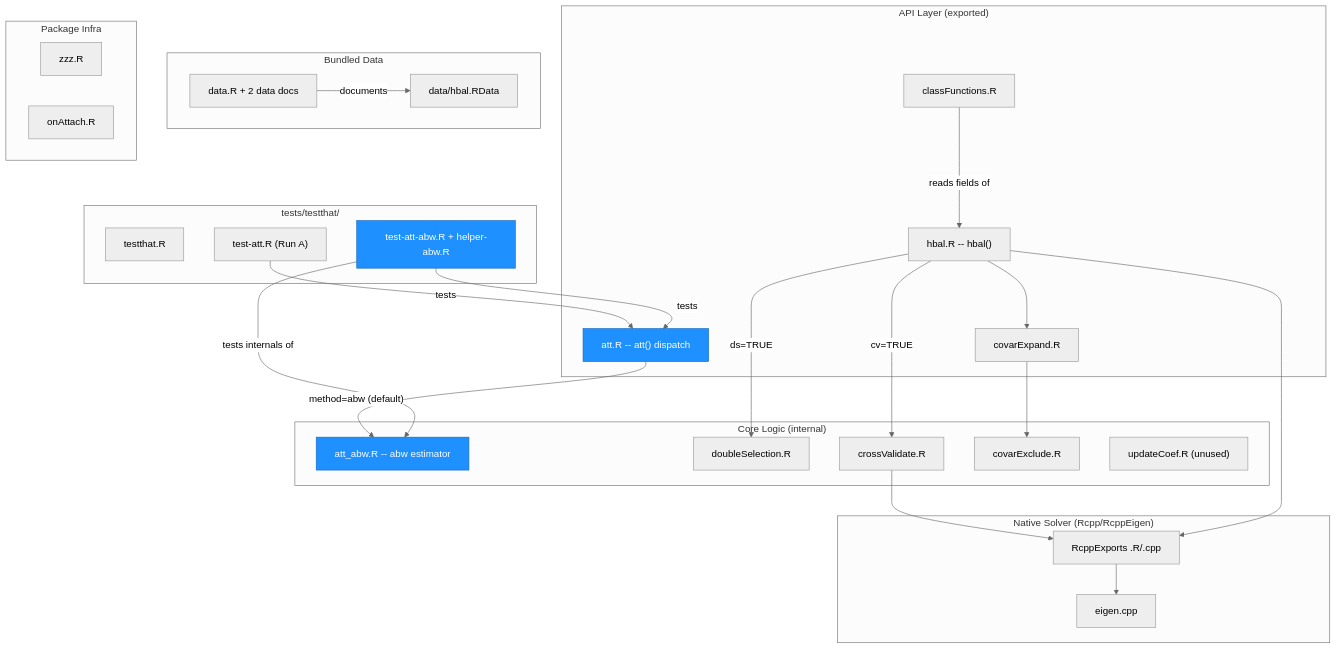
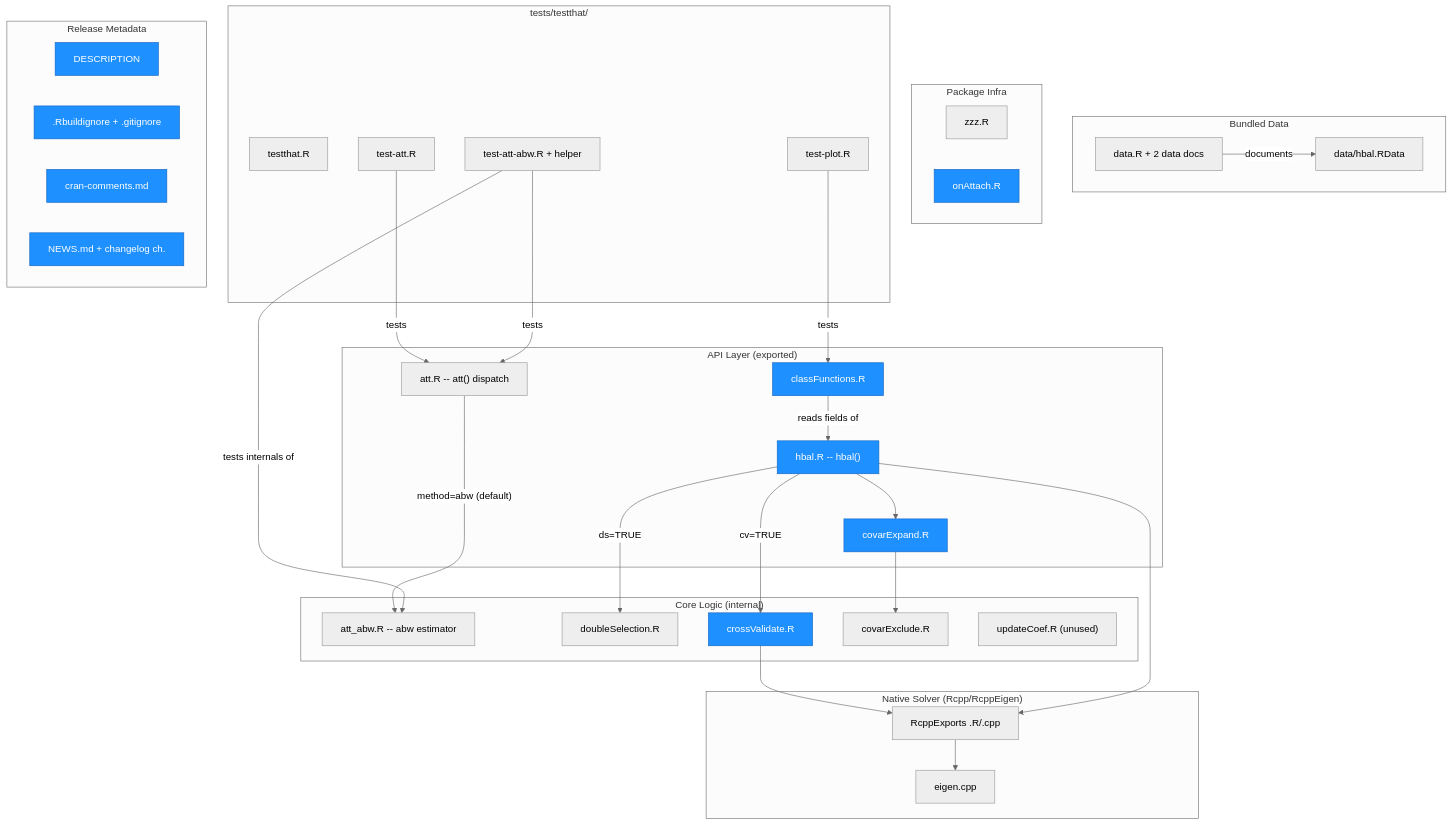
One commit to xuyiqing/hbal changed the first of 3 diagrams in ARCHITECTURE.md. Above: the diagram before and after it, drawn with Mermaid. The commit also changed other lines of this file, not shown here.

````diff
--- a/ARCHITECTURE.md
+++ b/ARCHITECTURE.md
@@ -13,57 +15,72 @@
 ```mermaid
 %%{init: {'theme': 'neutral'}}%%
 graph TD
     subgraph API["API Layer (exported)"]
         A1["hbal.R -- hbal()"]
         A2["att.R -- att() dispatch"]
         A3["covarExpand.R"]
         A4["classFunctions.R"]
     end
 
     subgraph Core["Core Logic (internal)"]
         C0["att_abw.R -- abw estimator"]
         C1["doubleSelection.R"]
         C2["crossValidate.R"]
         C3["covarExclude.R"]
         C4["updateCoef.R (unused)"]
     end
 
     subgraph Native["Native Solver (Rcpp/RcppEigen)"]
         N1["RcppExports .R/.cpp"]
         N2["eigen.cpp"]
     end
 
     subgraph Data["Bundled Data"]
         D1["data.R + 2 data docs"]
         D2["data/hbal.RData"]
     end
 
     subgraph Infra["Package Infra"]
         U1["zzz.R"]
         U2["onAttach.R"]
     end
 
     subgraph Tests["tests/testthat/"]
         T1["testthat.R"]
-        T2["test-att.R (Run A)"]
-        T3["test-att-abw.R + helper-abw.R"]
+        T2["test-att.R"]
+        T3["test-att-abw.R + helper"]
+        T4["test-plot.R"]
+    end
+
+    subgraph Release["Release Metadata"]
+        R1["DESCRIPTION"]
+        R2[".Rbuildignore + .gitignore"]
+        R3["cran-comments.md"]
+        R4["NEWS.md + changelog ch."]
     end
 
     A1 --> A3
     A3 --> C3
     A1 -->|"ds=TRUE"| C1
     A1 -->|"cv=TRUE"| C2
     C2 --> N1
     A1 --> N1
     N1 --> N2
     A2 -->|"method=abw (default)"| C0
     A4 -->|"reads fields of"| A1
     D1 -->|"documents"| D2
     T2 -->|"tests"| A2
     T3 -->|"tests"| A2
     T3 -->|"tests internals of"| C0
+    T4 -->|"tests"| A4
 
-    style A2 fill:#1e90ff,stroke:#1565c0,color:#fff
-    style C0 fill:#1e90ff,stroke:#1565c0,color:#fff
-    style T3 fill:#1e90ff,stroke:#1565c0,color:#fff
+    style A1 fill:#1e90ff,stroke:#1565c0,color:#fff
+    style A3 fill:#1e90ff,stroke:#1565c0,color:#fff
+    style A4 fill:#1e90ff,stroke:#1565c0,color:#fff
+    style C2 fill:#1e90ff,stroke:#1565c0,color:#fff
+    style U2 fill:#1e90ff,stroke:#1565c0,color:#fff
+    style R1 fill:#1e90ff,stroke:#1565c0,color:#fff
+    style R2 fill:#1e90ff,stroke:#1565c0,color:#fff
+    style R3 fill:#1e90ff,stroke:#1565c0,color:#fff
+    style R4 fill:#1e90ff,stroke:#1565c0,color:#fff
 ```
````
